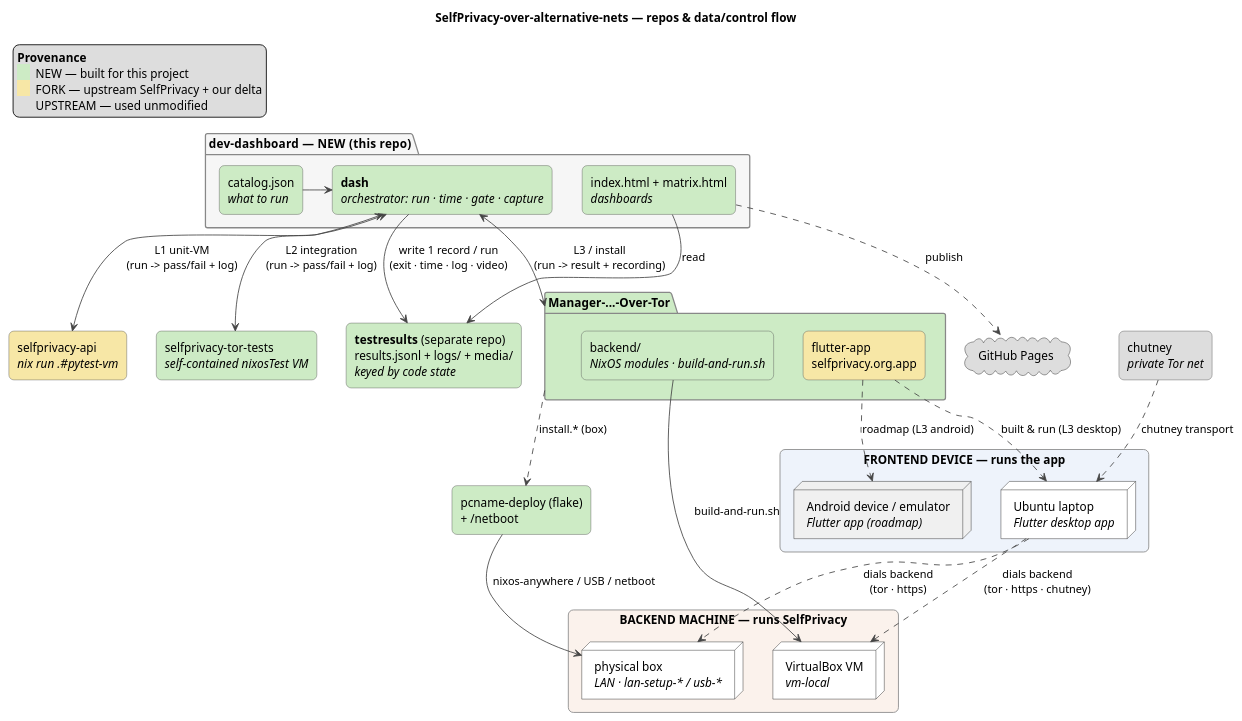
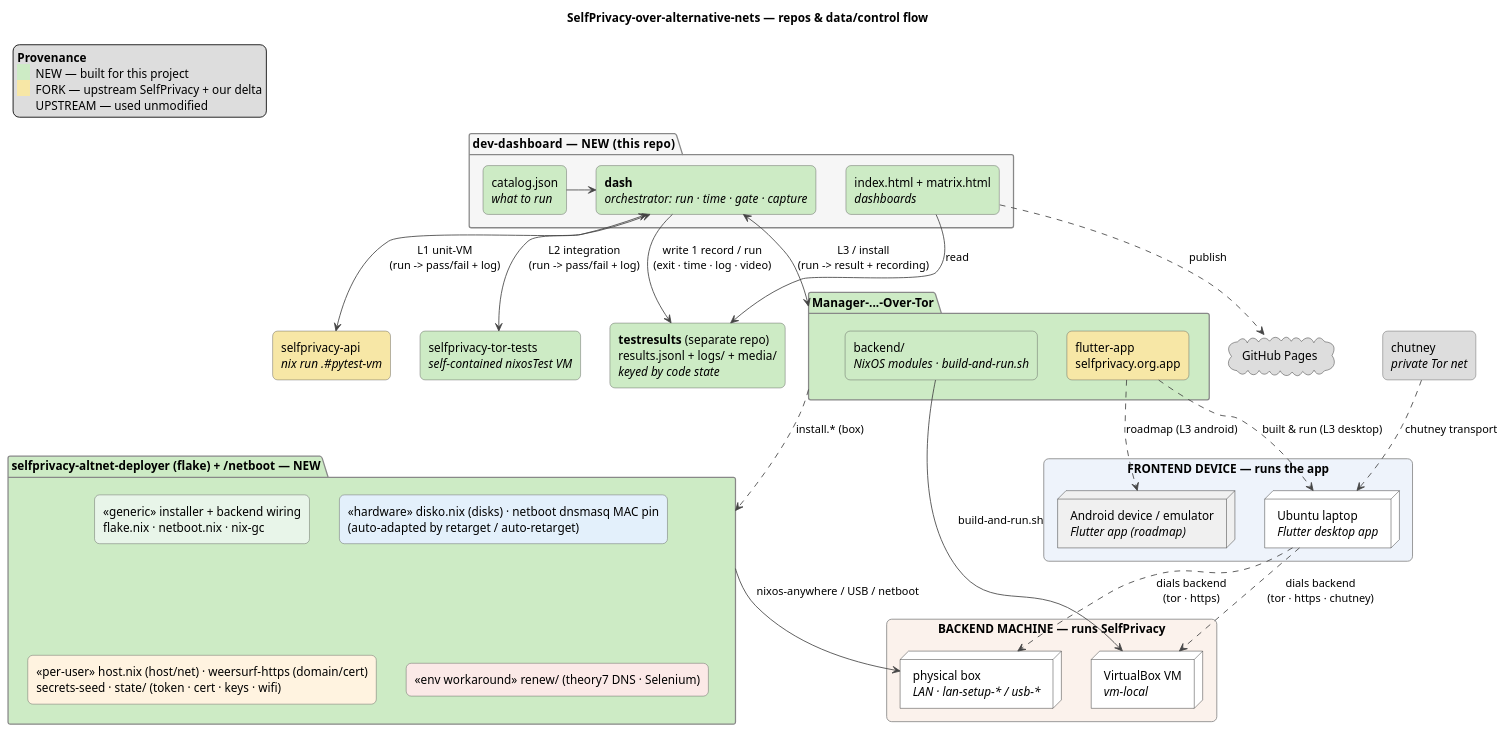
One commit to selfprivacy-over-alternative-nets/dev-dashboard changed the diagram in docs/architecture.puml. Above: the diagram before and after it, drawn with PlantUML. The commit also changed 7 other files, not shown here.

First line of the commit message:
rename pcname-deploy → selfprivacy-altnet-deployer; expand deployer node by 'varies by'; wifi + generic networking

```diff
--- a/docs/architecture.puml
+++ b/docs/architecture.puml
@@ -1,74 +1,82 @@
 @startuml architecture
 ' SelfPrivacy-over-alternative-nets — repos and how they connect.
 ' Rendered deterministically to architecture.svg by docs/render-diagrams.sh (pinned plantuml).
 title SelfPrivacy-over-alternative-nets — repos & data/control flow
 
 skinparam shadowing false
 skinparam defaultFontName Helvetica
 skinparam ArrowColor #444444
 skinparam rectangle {
   BorderColor #555555
   roundCorner 12
 }
 skinparam package {
   BorderColor #888888
   BackgroundColor #F6F6F6
 }
 
 legend top left
 <b>Provenance</b>
 <back:#CDEBC5>    </back>  NEW — built for this project
 <back:#F7E7A6>    </back>  FORK — upstream SelfPrivacy + our delta
 <back:#DDDDDD>    </back>  UPSTREAM — used unmodified
 endlegend
 
 package "dev-dashboard  —  NEW (this repo)" {
   rectangle "catalog.json\n<i>what to run</i>" as cat #CDEBC5
   rectangle "<b>dash</b>\n<i>orchestrator: run · time · gate · capture</i>" as dash #CDEBC5
   rectangle "index.html + matrix.html\n<i>dashboards</i>" as ui #CDEBC5
 }
 
 rectangle "<b>testresults</b> (separate repo)\nresults.jsonl + logs/ + media/\n<i>keyed by code state</i>" as tr #CDEBC5
 cloud "GitHub Pages" as pages #DDDDDD
 
 cat -right-> dash
 dash --> tr : write 1 record / run\n(exit · time · log · video)
 ui --> tr : read
 ui ..> pages : publish
 
 package "Manager-...-Over-Tor" as mgr #CDEBC5 {
   rectangle "backend/\n<i>NixOS modules · build-and-run.sh</i>" as backend #CDEBC5
   rectangle "flutter-app\nselfprivacy.org.app" as app #F7E7A6
 }
 rectangle "selfprivacy-api\n<i>nix run .#pytest-vm</i>" as api #F7E7A6
 rectangle "selfprivacy-tor-tests\n<i>self-contained nixosTest VM</i>" as tests #CDEBC5
 
 ' dev-dashboard RUNS each target and CAPTURES its result (exit/log/video) → then writes the record.
 dash <--> api    : L1 unit-VM\n(run -> pass/fail + log)
 dash <--> tests  : L2 integration\n(run -> pass/fail + log)
 dash <--> mgr    : L3 / install\n(run -> result + recording)
 
-rectangle "pcname-deploy (flake)\n+ ~/netboot" as deploy #CDEBC5
+' The deployer, expanded by what each piece VARIES BY (ordered generic → hardware → per-user → env):
+' generic = reusable as-is; hardware = auto-adapted per device; per-user = inputs per install;
+' env = environment-specific workaround. Scaling = shrink everything below «generic» to auto/inputs.
+package "selfprivacy-altnet-deployer (flake) + ~/netboot — NEW" as deploy #CDEBC5 {
+  rectangle "«generic» installer + backend wiring\nflake.nix · netboot.nix · nix-gc" as d_gen #E8F5E9
+  rectangle "«hardware» disko.nix (disks) · netboot dnsmasq MAC pin\n(auto-adapted by retarget / auto-retarget)" as d_hw #E3F0FB
+  rectangle "«per-user» host.nix (host/net) · weersurf-https (domain/cert)\nsecrets-seed · state/ (token · cert · keys · wifi)" as d_user #FFF3E0
+  rectangle "«env workaround» renew/ (theory7 DNS · Selenium)" as d_env #FBE9E7
+}
 rectangle "chutney\n<i>private Tor net</i>" as chut #DDDDDD
 
 ' The app (a repo) is BUILT and RUN on a FRONTEND DEVICE — kept distinct from the BACKEND MACHINE
 ' that runs SelfPrivacy. L3 pairs one of each; the app dials the backend over a transport.
 rectangle "FRONTEND DEVICE — runs the app" as FE #EEF3FB {
   node "Ubuntu laptop\n<i>Flutter desktop app</i>" as fedesk #FFFFFF
   node "Android device / emulator\n<i>Flutter app (roadmap)</i>" as feandroid #F0F0F0
 }
 rectangle "BACKEND MACHINE — runs SelfPrivacy" as BE #FBF2EC {
   node "VirtualBox VM\n<i>vm-local</i>" as vm #FFFFFF
   node "physical box\n<i>LAN · lan-setup-* / usb-*</i>" as box #FFFFFF
 }
 
 app ..> fedesk    : built & run (L3 desktop)
 app ..> feandroid : roadmap (L3 android)
 backend --> vm    : build-and-run.sh
 deploy  --> box   : nixos-anywhere / USB / netboot
 mgr     ..> deploy : install.* (box)
 fedesk ..> vm     : dials backend\n(tor · https · chutney)
 fedesk ..> box    : dials backend\n(tor · https)
 chut ..> fedesk   : chutney transport
 
 @enduml
```
